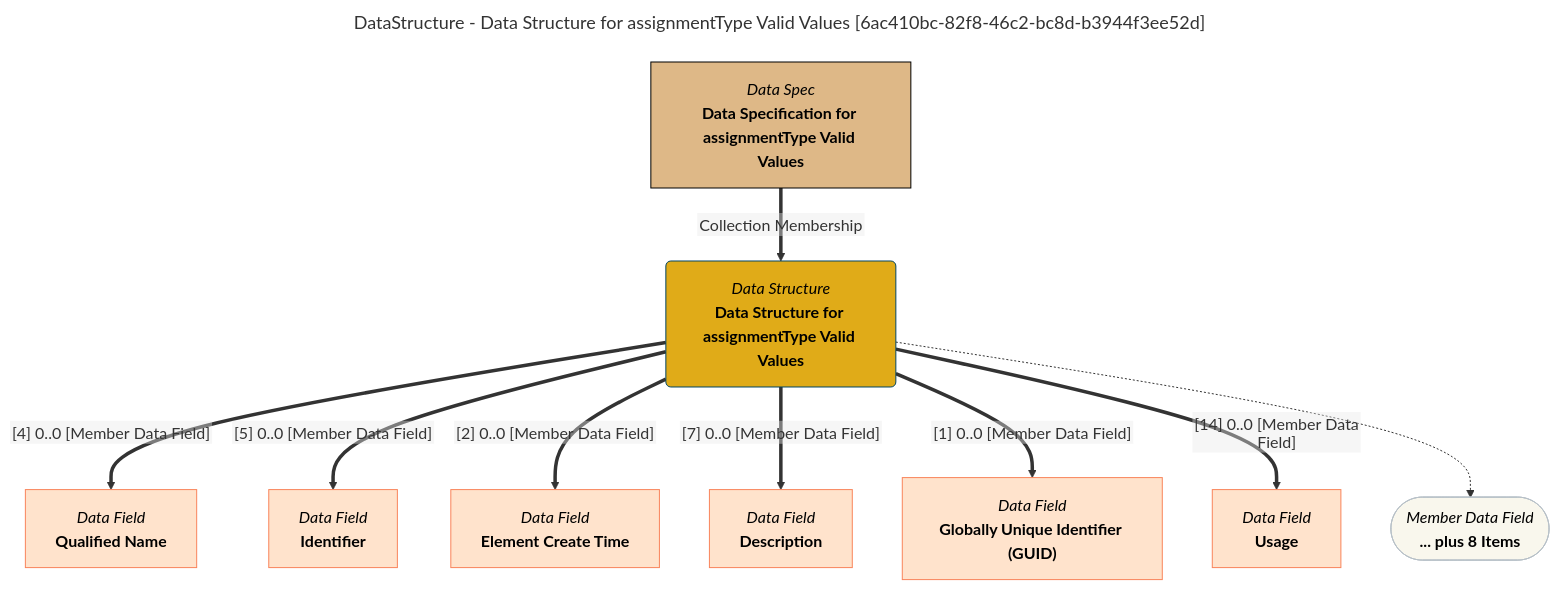
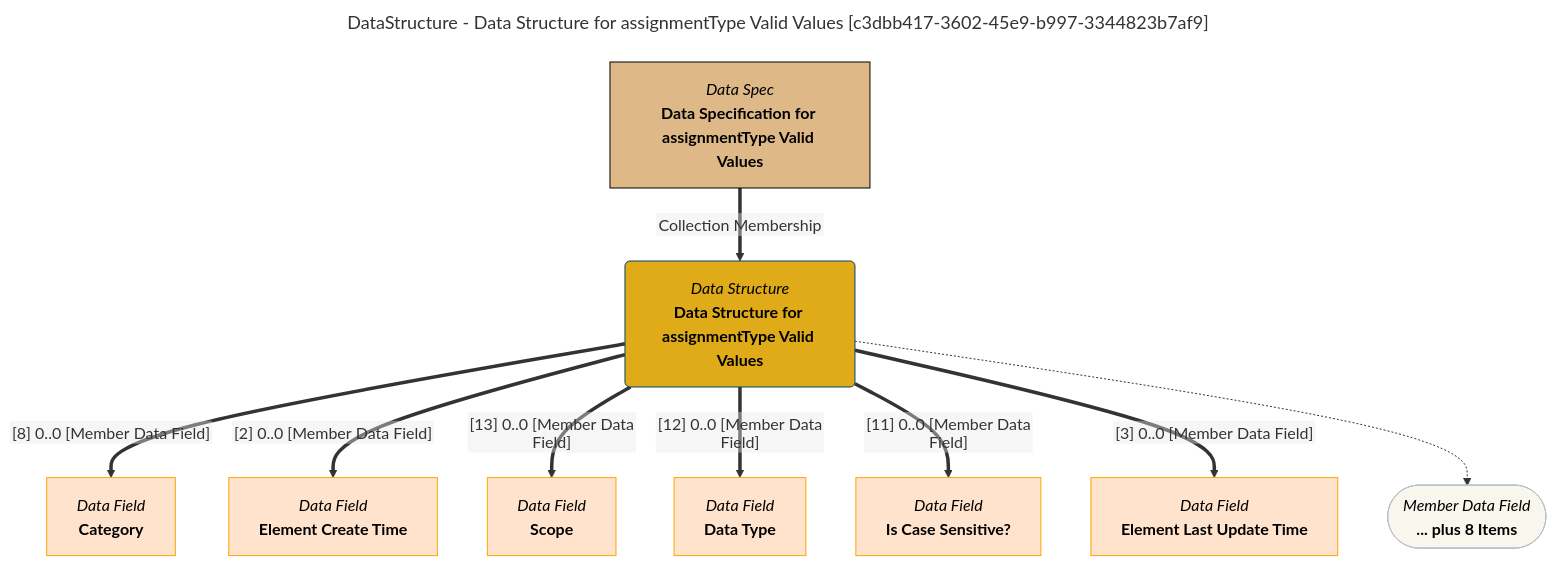
Before and after one commit to odpi/egeria-docs: the diagram in site/snippets/data-structures/data-structure-for-assignmenttype-valid-values-mermaid-graph.md, drawn with Mermaid. The commit also changed 2201 other files, not shown here.

````diff
--- a/site/snippets/data-structures/data-structure-for-assignmenttype-valid-values-mermaid-graph.md
+++ b/site/snippets/data-structures/data-structure-for-assignmenttype-valid-values-mermaid-graph.md
@@ -1,43 +1,43 @@
 ```mermaid
 ---
-title: DataStructure - Data Structure for assignmentType Valid Values [6ac410bc-82f8-46c2-bc8d-b3944f3ee52d]
+title: DataStructure - Data Structure for assignmentType Valid Values [c3dbb417-3602-45e9-b997-3344823b7af9]
 ---
 flowchart TD
 %%{init: {"flowchart": {"htmlLabels": false}} }%%
 
 1@{ shape: rounded, label: "*Data Structure*
 **Data Structure for assignmentType Valid Values**"}
 2@{ shape: rect, label: "*Data Spec*
 **Data Specification for assignmentType Valid Values**"}
 2==>|"Collection Membership"|1
 3@{ shape: rect, label: "*Data Field*
-**Qualified Name**"}
-1==>|"[4] 0..0 [Member Data Field]"|3
+**Category**"}
+1==>|"[8] 0..0 [Member Data Field]"|3
 4@{ shape: rect, label: "*Data Field*
-**Identifier**"}
-1==>|"[5] 0..0 [Member Data Field]"|4
+**Element Create Time**"}
+1==>|"[2] 0..0 [Member Data Field]"|4
 5@{ shape: rect, label: "*Data Field*
-**Element Create Time**"}
-1==>|"[2] 0..0 [Member Data Field]"|5
+**Scope**"}
+1==>|"[13] 0..0 [Member Data Field]"|5
 6@{ shape: rect, label: "*Data Field*
-**Description**"}
-1==>|"[7] 0..0 [Member Data Field]"|6
+**Data Type**"}
+1==>|"[12] 0..0 [Member Data Field]"|6
 7@{ shape: rect, label: "*Data Field*
-**Globally Unique Identifier (GUID)**"}
-1==>|"[1] 0..0 [Member Data Field]"|7
+**Is Case Sensitive?**"}
+1==>|"[11] 0..0 [Member Data Field]"|7
 8@{ shape: rect, label: "*Data Field*
-**Usage**"}
-1==>|"[14] 0..0 [Member Data Field]"|8
+**Element Last Update Time**"}
+1==>|"[3] 0..0 [Member Data Field]"|8
 9@{ shape: stadium, label: "*Member Data Field*
 **... plus 8 Items**"}
 1-.->9
 style 1 color:#000000, fill:#e0ab18, stroke:#004563
-style 2 color:#000000, fill:#deb887, stroke:#000000
-style 3 color:#000000, fill:#ffe3cc, stroke:#f9845b
-style 4 color:#000000, fill:#ffe3cc, stroke:#f9845b
-style 5 color:#000000, fill:#ffe3cc, stroke:#f9845b
-style 6 color:#000000, fill:#ffe3cc, stroke:#f9845b
-style 7 color:#000000, fill:#ffe3cc, stroke:#f9845b
-style 8 color:#000000, fill:#ffe3cc, stroke:#f9845b
+style 2 color:#000000, fill:#DEB887, stroke:#000000
+style 3 color:#000000, fill:#ffe3cc, stroke:#FFA500
+style 4 color:#000000, fill:#ffe3cc, stroke:#FFA500
+style 5 color:#000000, fill:#ffe3cc, stroke:#FFA500
+style 6 color:#000000, fill:#ffe3cc, stroke:#FFA500
+style 7 color:#000000, fill:#ffe3cc, stroke:#FFA500
+style 8 color:#000000, fill:#ffe3cc, stroke:#FFA500
 style 9 color:#000000, fill:#F9F7ED, stroke:#b7c0c7
 ```
````
